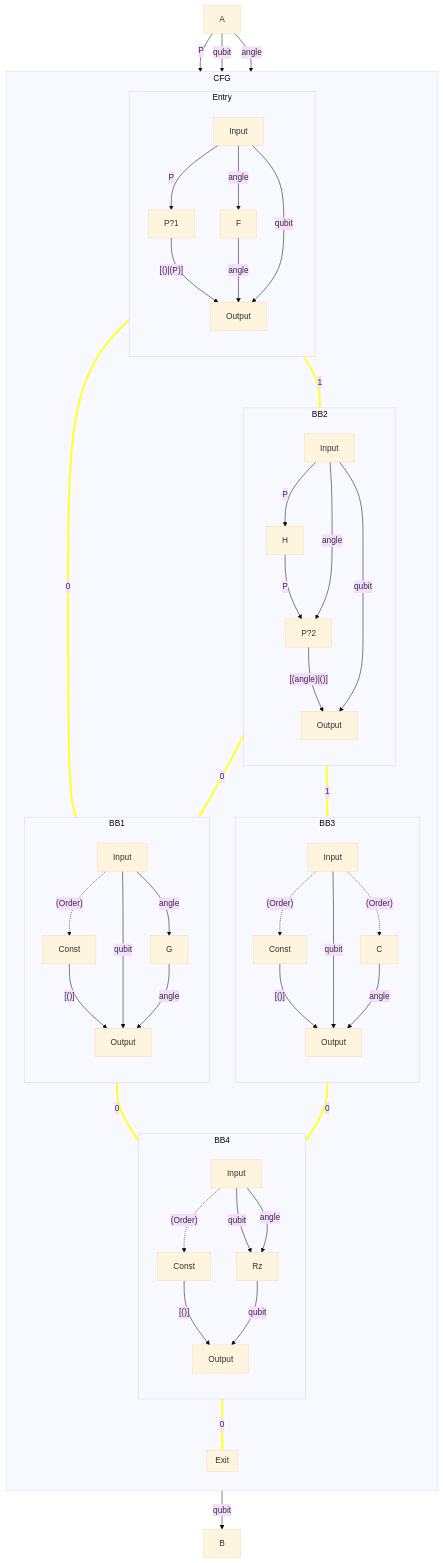
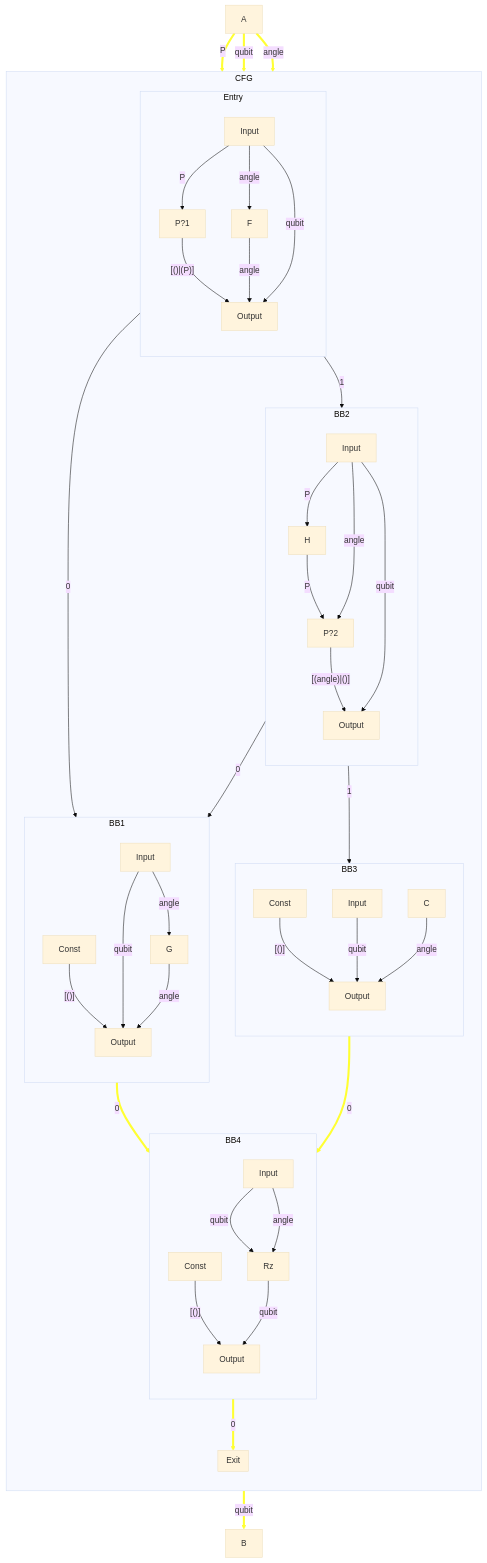
The fourth of 6 diagrams in specification/hugr.md (CQCL/hugr), drawn with Mermaid (base theme) before and after one commit. The commit also changed other lines of this file, not shown here.

Commit message:
docs: remove input->const order edges from spec diagrams

````diff
--- a/specification/hugr.md
+++ b/specification/hugr.md
@@ -429,59 +429,56 @@
 ```mermaid
 flowchart
     subgraph CFG
         direction TB
         subgraph Entry
             direction TB
             EntryIn["Input"] -- "angle" --> F
             EntryIn -- "P" --> Entry_["P?1"]
             Entry_ -- "[()|(P)]" --> EntryOut["Output"]
             F -- "angle" --> EntryOut
             EntryIn -- "qubit" --> EntryOut
         end
         subgraph BB1
             direction TB
             BB1In["Input"] -- "angle" --> G
-            BB1In -. "(Order)" .-> BB1_["Const"]
-            BB1_ -- "[()]" --> BB1Out["Output"]
+            BB1_["Const"] -- "[()]" --> BB1Out["Output"]
             BB1In -- "qubit" --> BB1Out
             G -- "angle" --> BB1Out
         end
         subgraph BB2
             direction TB
             BB2In["Input"] -- "P" --> H -- "P" --> BB2_["P?2"]
             BB2_ -- "[(angle)|()]" --> BB2Out["Output"]
             BB2In -- "angle" --> BB2_
             BB2In -- "qubit" --> BB2Out
         end
         subgraph BB3
             direction TB
-            BB3In["Input"] -. "(Order)" .-> C
-            BB3In -. "(Order)" .-> BB3_["Const"]
-            BB3_ -- "[()]" --> BB3Out["Output"]
+            BB3In["Input"]
+            BB3_["Const"] -- "[()]" --> BB3Out["Output"]
             BB3In -- "qubit" --> BB3Out
             C -- "angle" --> BB3Out
         end
         subgraph BB4
             direction TB
             BB4In["Input"] -- "qubit" --> Rz
             BB4In -- "angle" --> Rz
-            BB4In -. "(Order)" .-> BB4_["Const"]
-            BB4_ -- "[()]" --> BB4Out["Output"]
+            BB4_["Const"] -- "[()]" --> BB4Out["Output"]
             Rz -- "qubit" --> BB4Out
         end
         subgraph Exit
         end
         Entry -- "0" --> BB1
         Entry -- "1" --> BB2
         BB2 -- "0" --> BB1
         BB2 -- "1" --> BB3
         BB1 -- "0" --> BB4
         BB3 -- "0" --> BB4
         BB4 -- "0" --> Exit
     end
     A -- "P" --> CFG
     A -- "qubit" --> CFG
     A -- "angle" --> CFG
     CFG -- "qubit" --> B
     linkStyle 25,26,27,28,29,30,31 stroke:#ff3,stroke-width:4px;
 ```
````
